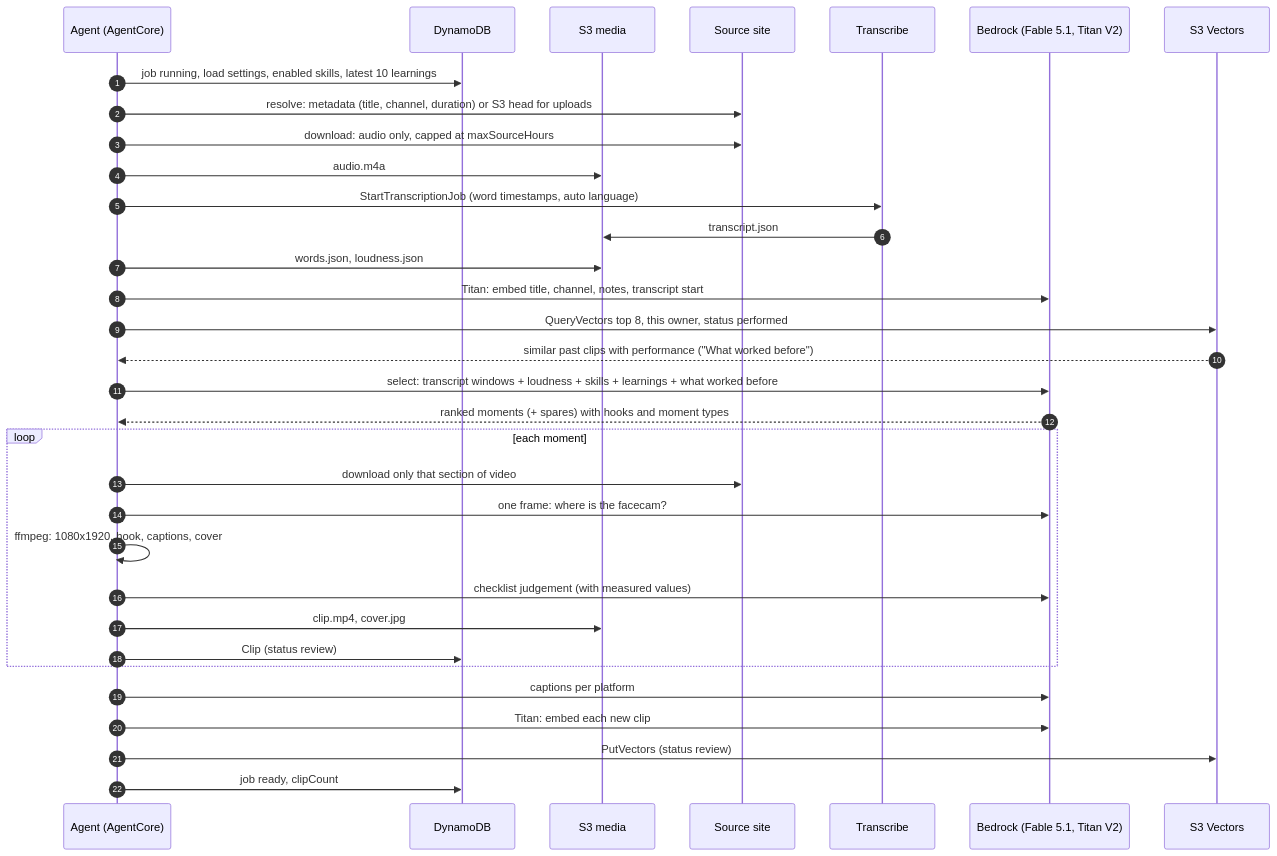
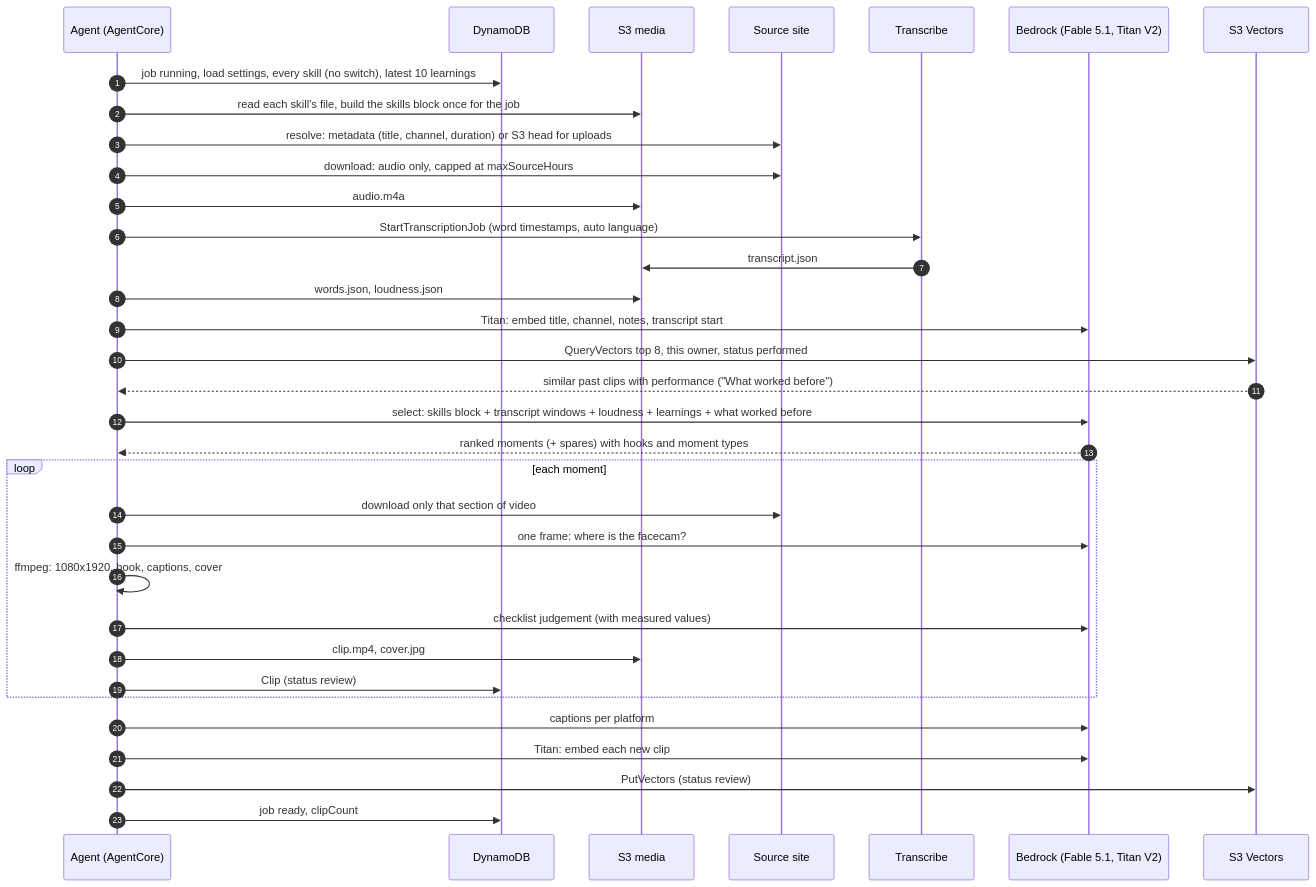
One commit to Lamo2real/clip-factory changed the sixth of 18 diagrams in docs/ARCHITECTURE.md. Above: the diagram before and after it, drawn with Mermaid. The commit also changed other lines of this file and 11 other files, not shown here.

First line of the commit message:
Document skills CRUD and skills in every AI call

````diff
--- a/docs/ARCHITECTURE.md
+++ b/docs/ARCHITECTURE.md
@@ -247,35 +248,36 @@
 ```mermaid
 sequenceDiagram
   autonumber
   participant R as Agent (AgentCore)
   participant D as DynamoDB
   participant S as S3 media
   participant Y as Source site
   participant T as Transcribe
   participant B as Bedrock (Fable 5.1, Titan V2)
   participant V as S3 Vectors
-  R->>D: job running, load settings, enabled skills, latest 10 learnings
+  R->>D: job running, load settings, every skill (no switch), latest 10 learnings
+  R->>S: read each skill's file, build the skills block once for the job
   R->>Y: resolve: metadata (title, channel, duration) or S3 head for uploads
   R->>Y: download: audio only, capped at maxSourceHours
   R->>S: audio.m4a
   R->>T: StartTranscriptionJob (word timestamps, auto language)
   T->>S: transcript.json
   R->>S: words.json, loudness.json
   R->>B: Titan: embed title, channel, notes, transcript start
   R->>V: QueryVectors top 8, this owner, status performed
   V-->>R: similar past clips with performance ("What worked before")
-  R->>B: select: transcript windows + loudness + skills + learnings + what worked before
+  R->>B: select: skills block + transcript windows + loudness + learnings + what worked before
   B-->>R: ranked moments (+ spares) with hooks and moment types
   loop each moment
     R->>Y: download only that section of video
     R->>B: one frame: where is the facecam?
     R->>R: ffmpeg: 1080x1920, hook, captions, cover
     R->>B: checklist judgement (with measured values)
     R->>S: clip.mp4, cover.jpg
     R->>D: Clip (status review)
   end
   R->>B: captions per platform
   R->>B: Titan: embed each new clip
   R->>V: PutVectors (status review)
   R->>D: job ready, clipCount
 ```
````
